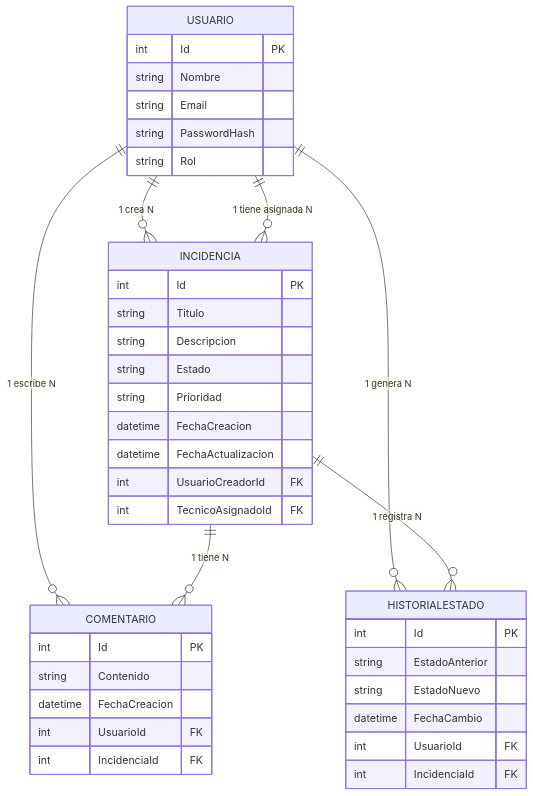
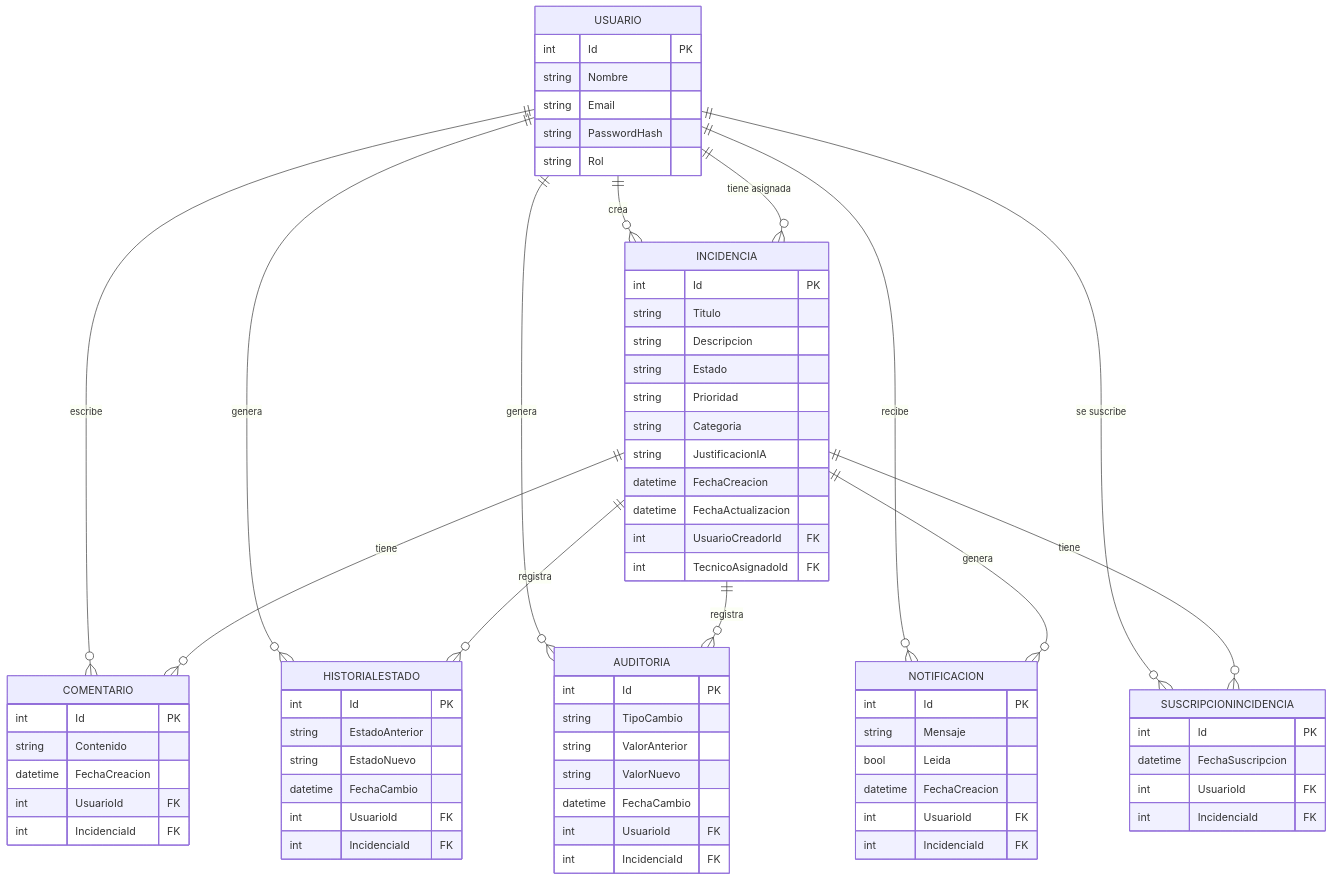
Before and after one commit to marcospalomomendez/IncidenciasApp_MarcosPalomoMendez: the diagram in README.md, drawn with Mermaid. The commit also changed other lines of this file, not shown here.

````diff
--- a/README.md
+++ b/README.md
@@ -155,43 +218,74 @@
 ```mermaid
 erDiagram
     USUARIO {
         int Id PK
         string Nombre
         string Email
         string PasswordHash
         string Rol
     }
     INCIDENCIA {
         int Id PK
         string Titulo
         string Descripcion
         string Estado
         string Prioridad
+        string Categoria
+        string JustificacionIA
         datetime FechaCreacion
         datetime FechaActualizacion
         int UsuarioCreadorId FK
         int TecnicoAsignadoId FK
     }
     COMENTARIO {
         int Id PK
         string Contenido
         datetime FechaCreacion
         int UsuarioId FK
         int IncidenciaId FK
     }
     HISTORIALESTADO {
         int Id PK
         string EstadoAnterior
         string EstadoNuevo
         datetime FechaCambio
         int UsuarioId FK
         int IncidenciaId FK
     }
+    AUDITORIA {
+        int Id PK
+        string TipoCambio
+        string ValorAnterior
+        string ValorNuevo
+        datetime FechaCambio
+        int UsuarioId FK
+        int IncidenciaId FK
+    }
+    NOTIFICACION {
+        int Id PK
+        string Mensaje
+        bool Leida
+        datetime FechaCreacion
+        int UsuarioId FK
+        int IncidenciaId FK
+    }
+    SUSCRIPCIONINCIDENCIA {
+        int Id PK
+        datetime FechaSuscripcion
+        int UsuarioId FK
+        int IncidenciaId FK
+    }
 
-    USUARIO ||--o{ INCIDENCIA : "1 crea N"
-    USUARIO ||--o{ INCIDENCIA : "1 tiene asignada N"
-    USUARIO ||--o{ COMENTARIO : "1 escribe N"
-    USUARIO ||--o{ HISTORIALESTADO : "1 genera N"
-    INCIDENCIA ||--o{ COMENTARIO : "1 tiene N"
-    INCIDENCIA ||--o{ HISTORIALESTADO : "1 registra N"
+    USUARIO ||--o{ INCIDENCIA : "crea"
+    USUARIO ||--o{ INCIDENCIA : "tiene asignada"
+    USUARIO ||--o{ COMENTARIO : "escribe"
+    USUARIO ||--o{ HISTORIALESTADO : "genera"
+    USUARIO ||--o{ AUDITORIA : "genera"
+    USUARIO ||--o{ NOTIFICACION : "recibe"
+    USUARIO ||--o{ SUSCRIPCIONINCIDENCIA : "se suscribe"
+    INCIDENCIA ||--o{ COMENTARIO : "tiene"
+    INCIDENCIA ||--o{ HISTORIALESTADO : "registra"
+    INCIDENCIA ||--o{ AUDITORIA : "registra"
+    INCIDENCIA ||--o{ NOTIFICACION : "genera"
+    INCIDENCIA ||--o{ SUSCRIPCIONINCIDENCIA : "tiene"
 ```
````
